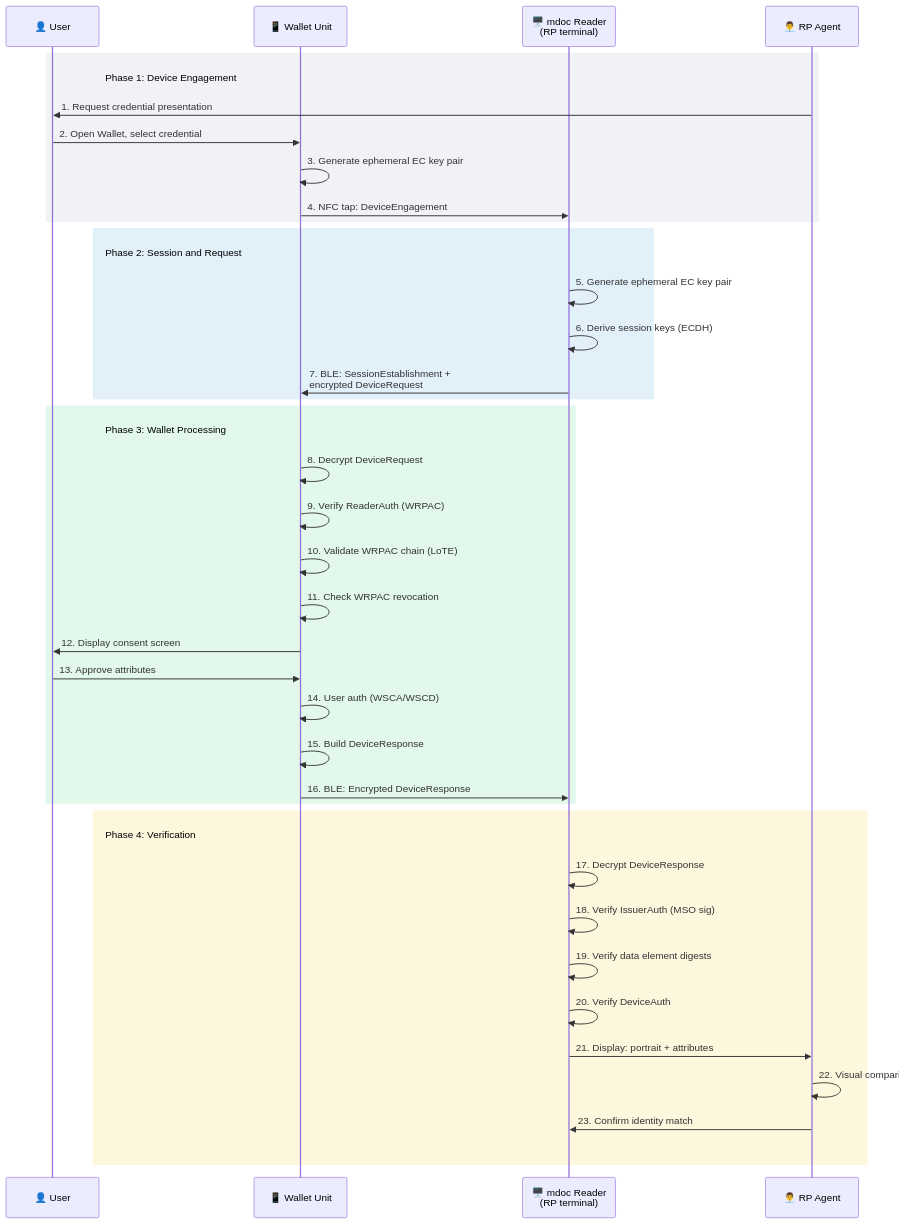
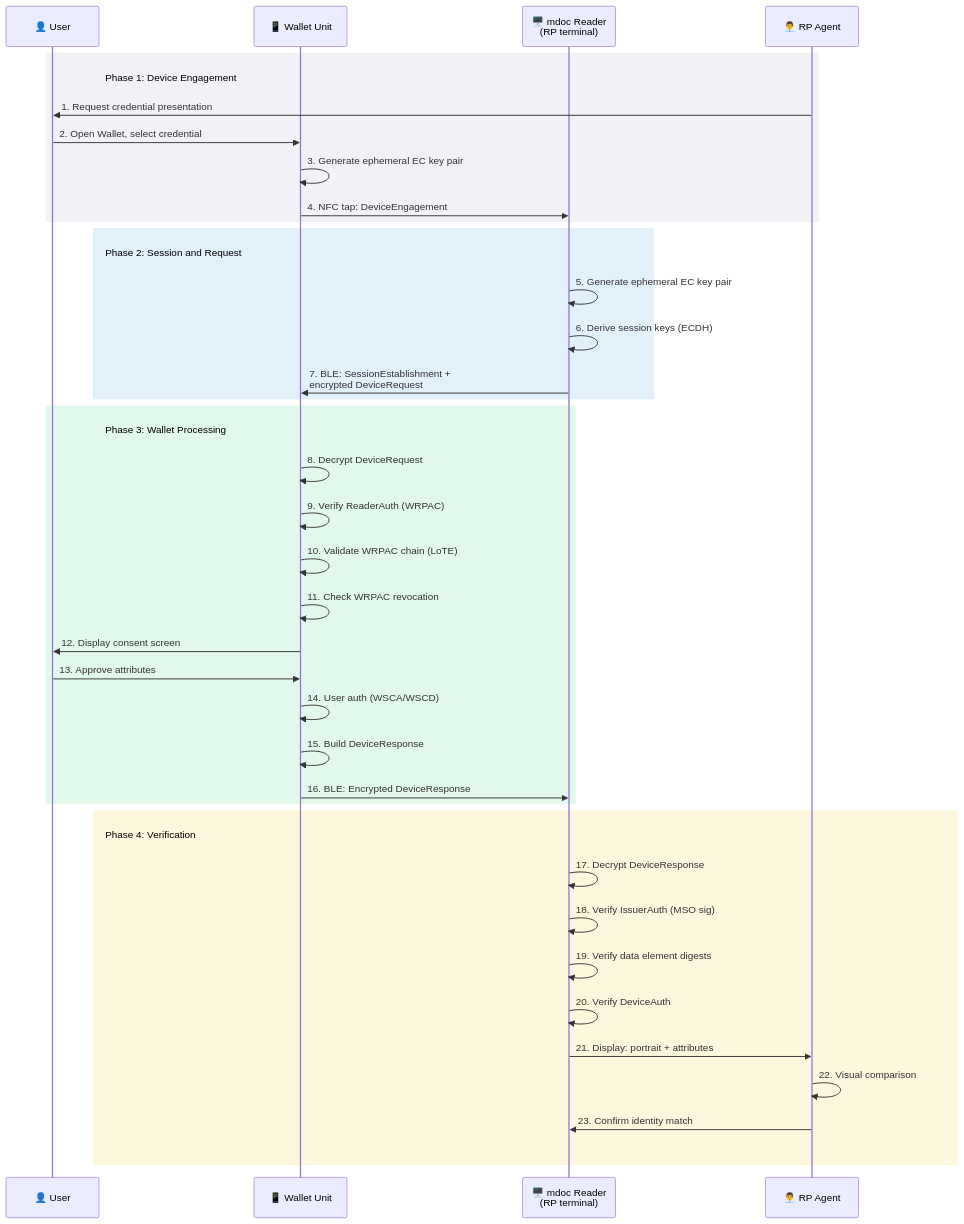
Before and after one commit to ivanstambuk/deep-research: diagram 16 of 27 in papers/DR-0002/DR-0002-eudi-wallet-relying-party-integration.md, drawn with Mermaid. The commit also changed other lines of this file and 2 other files, not shown here.

Commit message:
docs: fix rightmost actor in sequence diagrams and add guardrail

````diff
--- a/papers/DR-0002/DR-0002-eudi-wallet-relying-party-integration.md
+++ b/papers/DR-0002/DR-0002-eudi-wallet-relying-party-integration.md
@@ -2723,57 +2723,57 @@
 ```mermaid
 ---
 config:
   themeVariables:
     noteBkgColor: "transparent"
     noteBorderColor: "transparent"
   sequence:
     messageAlign: left
     noteAlign: left
     actorMargin: 150
 ---
 sequenceDiagram
     participant User as 👤 User
     participant WU as 📱 Wallet Unit
     participant Reader as 🖥️ mdoc Reader<br/>(RP terminal)
     participant Agent as 👨‍💼 RP Agent
 
     rect rgba(148, 163, 184, 0.14)
     Note right of User: Phase 1: Device Engagement
     Agent->>User: 1. Request credential presentation
     User->>WU: 2. Open Wallet, select credential
     WU->>WU: 3. Generate ephemeral EC key pair
     WU->>Reader: 4. NFC tap: DeviceEngagement
     end
 
     rect rgba(52, 152, 219, 0.14)
     Note right of User: Phase 2: Session and Request
     Reader->>Reader: 5. Generate ephemeral EC key pair
     Reader->>Reader: 6. Derive session keys (ECDH)
     Reader->>WU: 7. BLE: SessionEstablishment +<br/>encrypted DeviceRequest
     end
 
     rect rgba(46, 204, 113, 0.14)
     Note right of User: Phase 3: Wallet Processing
     WU->>WU: 8. Decrypt DeviceRequest
     WU->>WU: 9. Verify ReaderAuth (WRPAC)
     WU->>WU: 10. Validate WRPAC chain (LoTE)
     WU->>WU: 11. Check WRPAC revocation
     WU->>User: 12. Display consent screen
     User->>WU: 13. Approve attributes
     WU->>WU: 14. User auth (WSCA/WSCD)
     WU->>WU: 15. Build DeviceResponse
     WU->>Reader: 16. BLE: Encrypted DeviceResponse
     end
 
     rect rgba(241, 196, 15, 0.14)
     Note right of User: Phase 4: Verification
     Reader->>Reader: 17. Decrypt DeviceResponse
     Reader->>Reader: 18. Verify IssuerAuth (MSO sig)
     Reader->>Reader: 19. Verify data element digests
     Reader->>Reader: 20. Verify DeviceAuth
     Reader->>Agent: 21. Display: portrait + attributes
     Agent->>Agent: 22. Visual comparison
     Agent->>Reader: 23. Confirm identity match
-    Note right of Reader: ⠀
+    Note right of Agent: ⠀
     end
 ```
````
